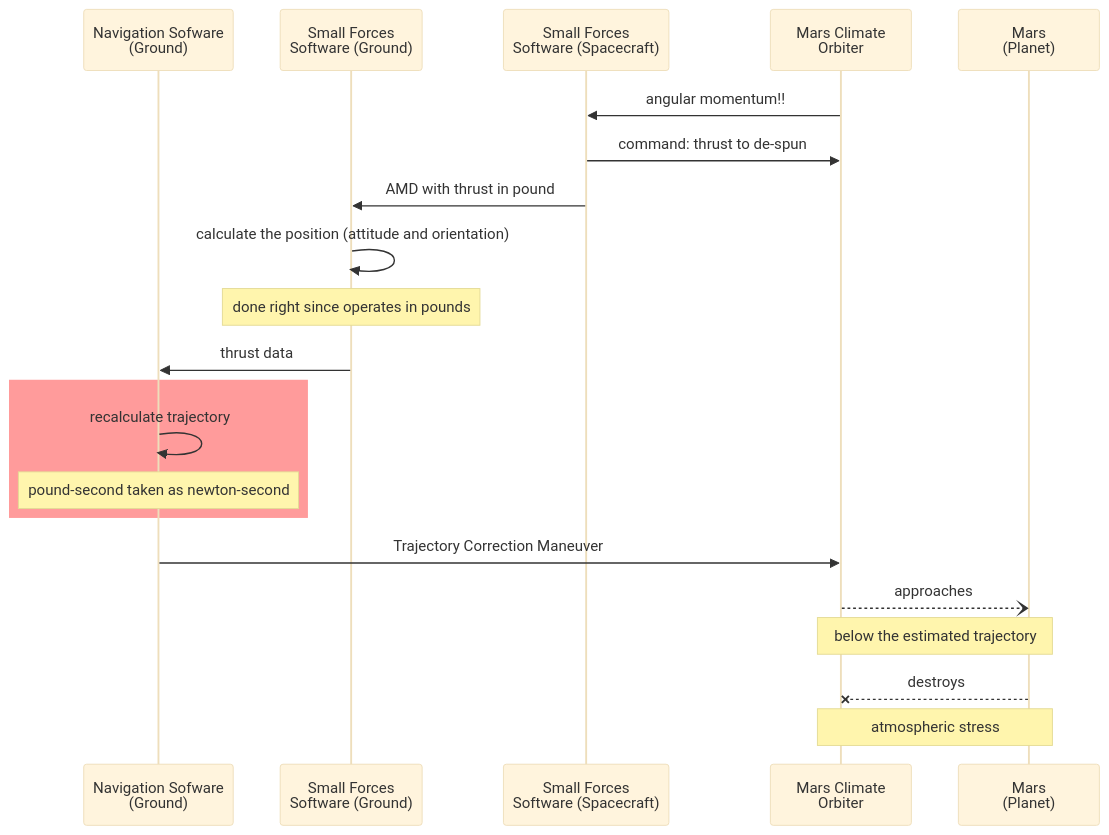
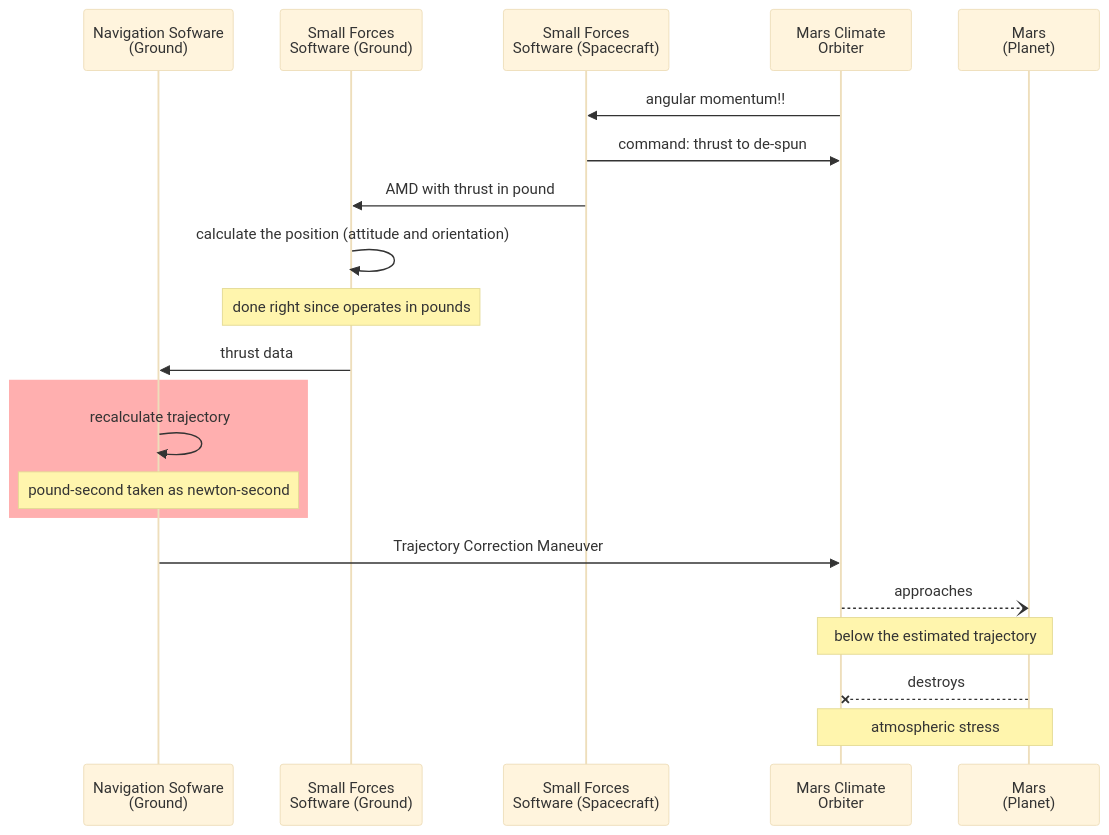
The diagram in README+/projects/U-Val/README.md (Kyriosity/use-dev), drawn with Mermaid (base theme) before and after one commit. The commit also changed other lines of this file, not shown here.

````diff
--- a/README+/projects/U-Val/README.md
+++ b/README+/projects/U-Val/README.md
@@ -40,24 +36,24 @@
 ```mermaid
 sequenceDiagram
 participant NAV as Navigation Sofware<br />(Ground)
 participant SF as Small Forces<br />Software (Ground)
 participant SFO as Small Forces<br />Software (Spacecraft)
 participant MCO as Mars Climate<br />Orbiter
 participant M as Mars<br />(Planet)
        MCO->>SFO: angular momentum!!
       SFO->>MCO: command: thrust to de-spun
       SFO->>SF: AMD with thrust in pound
       SF->>SF: calculate the position (attitude and orientation)
 Note over SF,SF: done right since operates in pounds
       SF->>NAV: thrust data
-rect rgb(255, 155, 155)
+rect rgb(255, 175, 175)
       NAV->>NAV: recalculate trajectory
 Note over NAV,NAV: pound-second taken as newton-second 
 end
       NAV->>MCO: Trajectory Correction Maneuver
       MCO--)M: approaches
 Note over MCO,M: below the estimated trajectory
       M--xMCO: destroys
 Note over M,MCO: atmospheric stress
 destroy participant MCO
 ```
````
